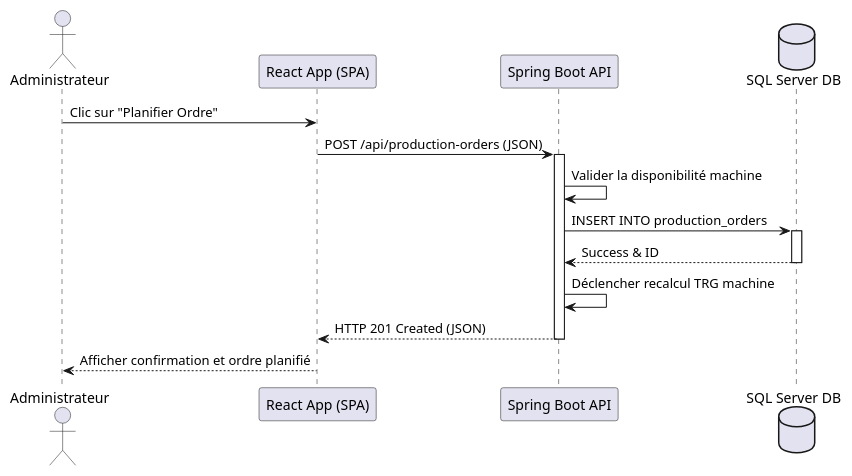
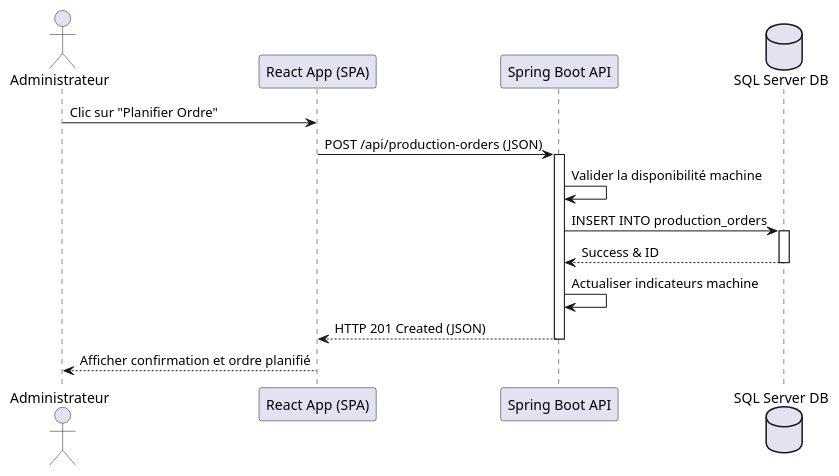
Before and after one commit to ayoubmek/PFE_data_science: the diagram in Rapport/diagrams/sprint2_seq.puml, drawn with PlantUML. The commit also changed 73 other files, not shown here.

```diff
--- a/Rapport/diagrams/sprint2_seq.puml
+++ b/Rapport/diagrams/sprint2_seq.puml
@@ -1,19 +1,19 @@
 @startuml sprint2_seq
 actor "Administrateur" as ADM
 participant "React App (SPA)" as React
 participant "Spring Boot API" as Spring
 database "SQL Server DB" as DB
 
 ADM -> React : Clic sur "Planifier Ordre"
 React -> Spring : POST /api/production-orders (JSON)
 activate Spring
 Spring -> Spring : Valider la disponibilité machine
 Spring -> DB : INSERT INTO production_orders
 activate DB
 DB --> Spring : Success & ID
 deactivate DB
-Spring -> Spring : Déclencher recalcul TRG machine
+Spring -> Spring : Actualiser indicateurs machine
 Spring --> React : HTTP 201 Created (JSON)
 deactivate Spring
 React --> ADM : Afficher confirmation et ordre planifié
 @enduml
```
